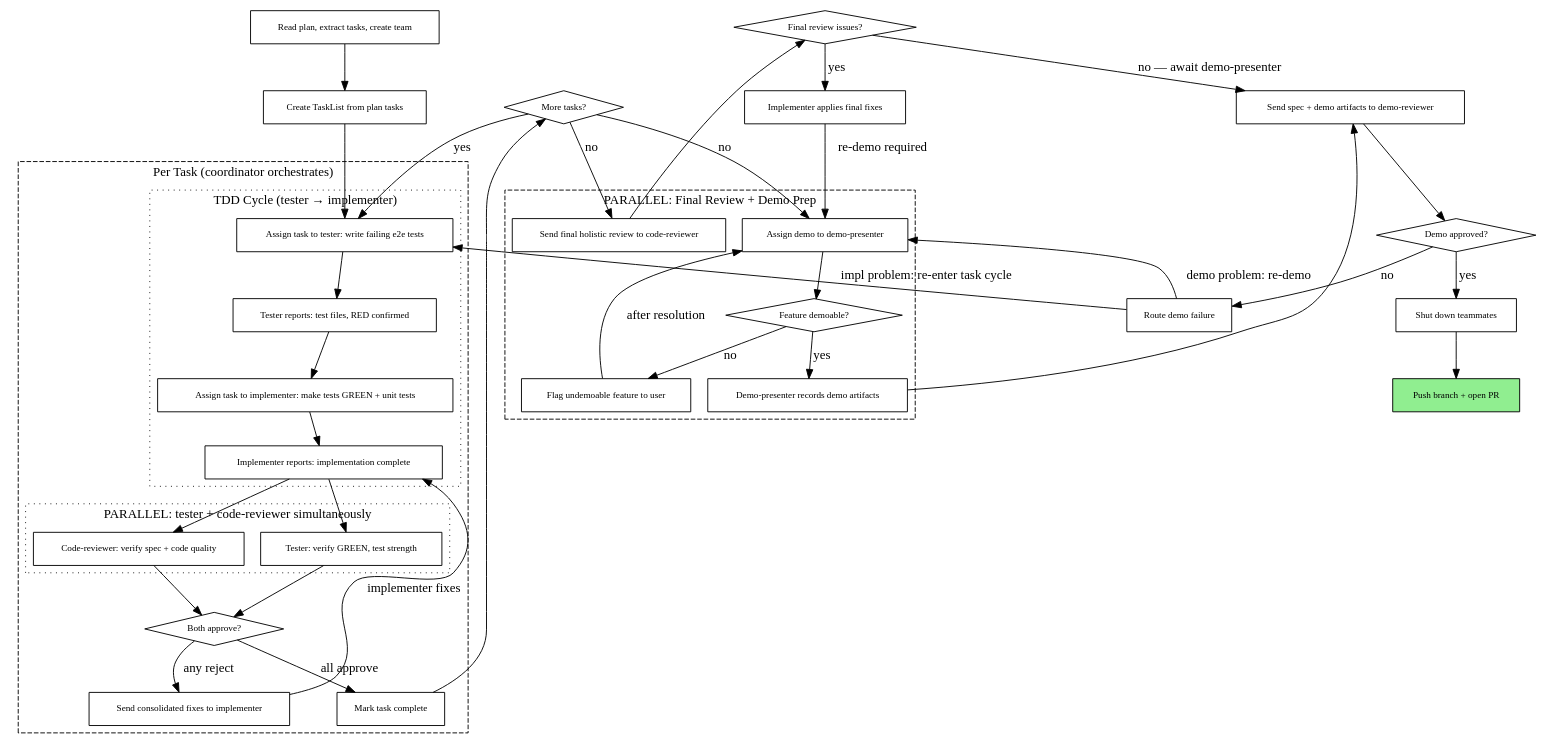
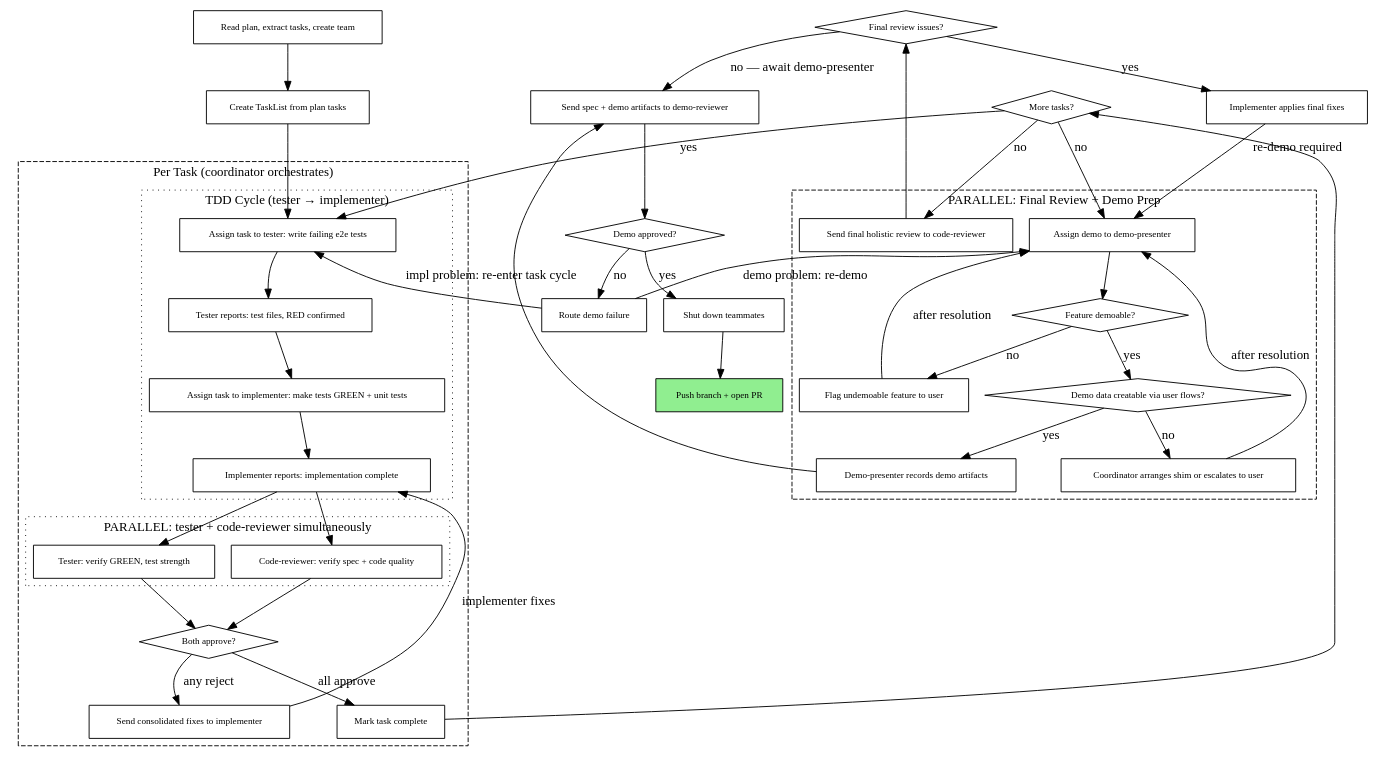
One commit to pedropaulovc/personal-marketplace changed the second of 2 diagrams in plugins/superpowers/skills/subagent-driven-development/SKILL.md. Above: the diagram before and after it, drawn with Graphviz. The commit also changed other lines of this file and 2 other files, not shown here.

First line of the commit message:
feat: enforce strict no-mock policy for demo-presenter (v4.3.1.6)

```diff
--- a/plugins/superpowers/skills/subagent-driven-development/SKILL.md
+++ b/plugins/superpowers/skills/subagent-driven-development/SKILL.md
@@ -87,6 +87,8 @@
         "Send final holistic review to code-reviewer" [shape=box];
         "Assign demo to demo-presenter" [shape=box];
         "Feature demoable?" [shape=diamond];
+        "Demo data creatable via user flows?" [shape=diamond];
+        "Coordinator arranges shim or escalates to user" [shape=box];
         "Flag undemoable feature to user" [shape=box];
         "Demo-presenter records demo artifacts" [shape=box];
     }
@@ -136,7 +138,10 @@
     "Assign demo to demo-presenter" -> "Feature demoable?";
     "Feature demoable?" -> "Flag undemoable feature to user" [label="no"];
     "Flag undemoable feature to user" -> "Assign demo to demo-presenter" [label="after resolution"];
-    "Feature demoable?" -> "Demo-presenter records demo artifacts" [label="yes"];
+    "Feature demoable?" -> "Demo data creatable via user flows?" [label="yes"];
+    "Demo data creatable via user flows?" -> "Demo-presenter records demo artifacts" [label="yes"];
+    "Demo data creatable via user flows?" -> "Coordinator arranges shim or escalates to user" [label="no"];
+    "Coordinator arranges shim or escalates to user" -> "Assign demo to demo-presenter" [label="after resolution"];
     "Demo-presenter records demo artifacts" -> "Send spec + demo artifacts to demo-reviewer";
 
     // Demo review
```
